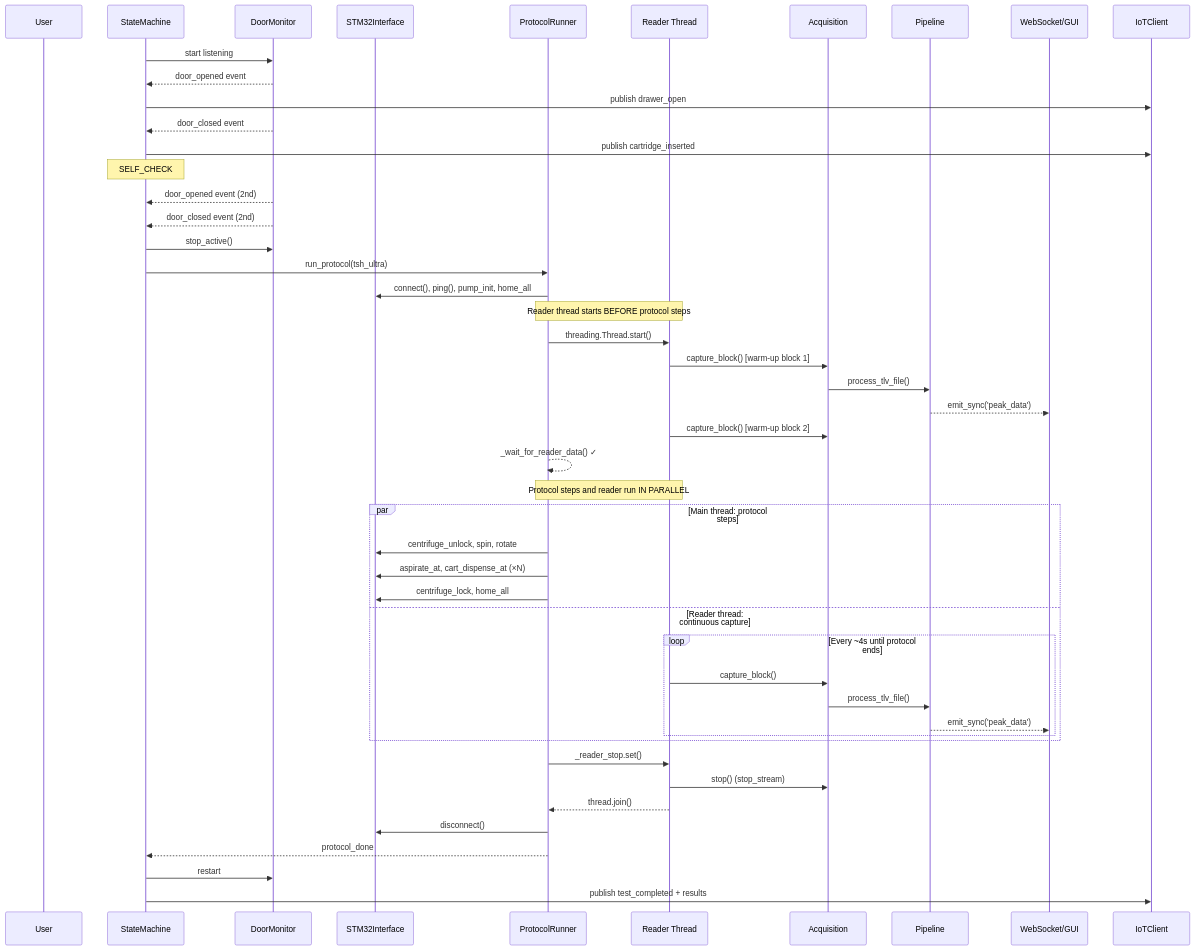
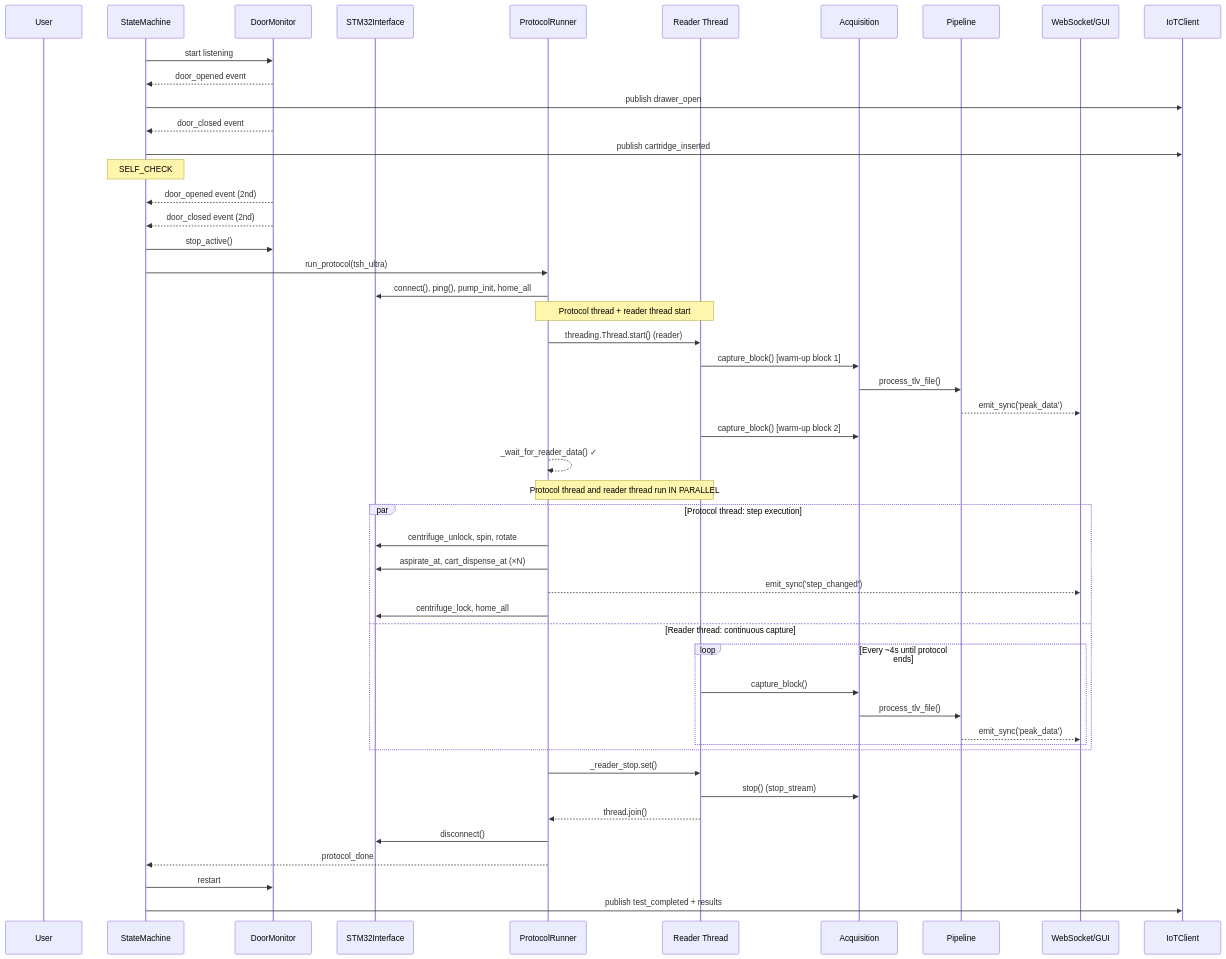
One commit to sp-mzhang/ultra-rpi changed the second of 2 diagrams in docs/ARCHITECTURE.md. Above: the diagram before and after it, drawn with Mermaid. The commit also changed other lines of this file and 7 other files, not shown here.

First line of the commit message:
refactor: move protocol execution to dedicated thread (Option C)

````diff
--- a/docs/ARCHITECTURE.md
+++ b/docs/ARCHITECTURE.md
@@ -1177,54 +1209,55 @@
 ```mermaid
 sequenceDiagram
     participant User
     participant SM as StateMachine
     participant Door as DoorMonitor
     participant STM as STM32Interface
     participant PR as ProtocolRunner
     participant RT as Reader Thread
     participant Acq as Acquisition
     participant Pipe as Pipeline
     participant GUI as WebSocket/GUI
     participant IoT as IoTClient
 
     SM->>Door: start listening
     Door-->>SM: door_opened event
     SM->>IoT: publish drawer_open
     Door-->>SM: door_closed event
     SM->>IoT: publish cartridge_inserted
     Note over SM: SELF_CHECK
     Door-->>SM: door_opened event (2nd)
     Door-->>SM: door_closed event (2nd)
     SM->>Door: stop_active()
     SM->>PR: run_protocol(tsh_ultra)
     PR->>STM: connect(), ping(), pump_init, home_all
 
-    Note over PR,RT: Reader thread starts BEFORE protocol steps
-    PR->>RT: threading.Thread.start()
+    Note over PR,RT: Protocol thread + reader thread start
+    PR->>RT: threading.Thread.start() (reader)
     RT->>Acq: capture_block() [warm-up block 1]
     Acq->>Pipe: process_tlv_file()
     Pipe-->>GUI: emit_sync('peak_data')
     RT->>Acq: capture_block() [warm-up block 2]
     PR-->>PR: _wait_for_reader_data() ✓
 
-    Note over PR,RT: Protocol steps and reader run IN PARALLEL
-    par Main thread: protocol steps
+    Note over PR,RT: Protocol thread and reader thread run IN PARALLEL
+    par Protocol thread: step execution
         PR->>STM: centrifuge_unlock, spin, rotate
         PR->>STM: aspirate_at, cart_dispense_at (×N)
+        PR-->>GUI: emit_sync('step_changed')
         PR->>STM: centrifuge_lock, home_all
     and Reader thread: continuous capture
         loop Every ~4s until protocol ends
             RT->>Acq: capture_block()
             Acq->>Pipe: process_tlv_file()
             Pipe-->>GUI: emit_sync('peak_data')
         end
     end
 
     PR->>RT: _reader_stop.set()
     RT->>Acq: stop() (stop_stream)
     RT-->>PR: thread.join()
     PR->>STM: disconnect()
     PR-->>SM: protocol_done
     SM->>Door: restart
     SM->>IoT: publish test_completed + results
 ```
````
